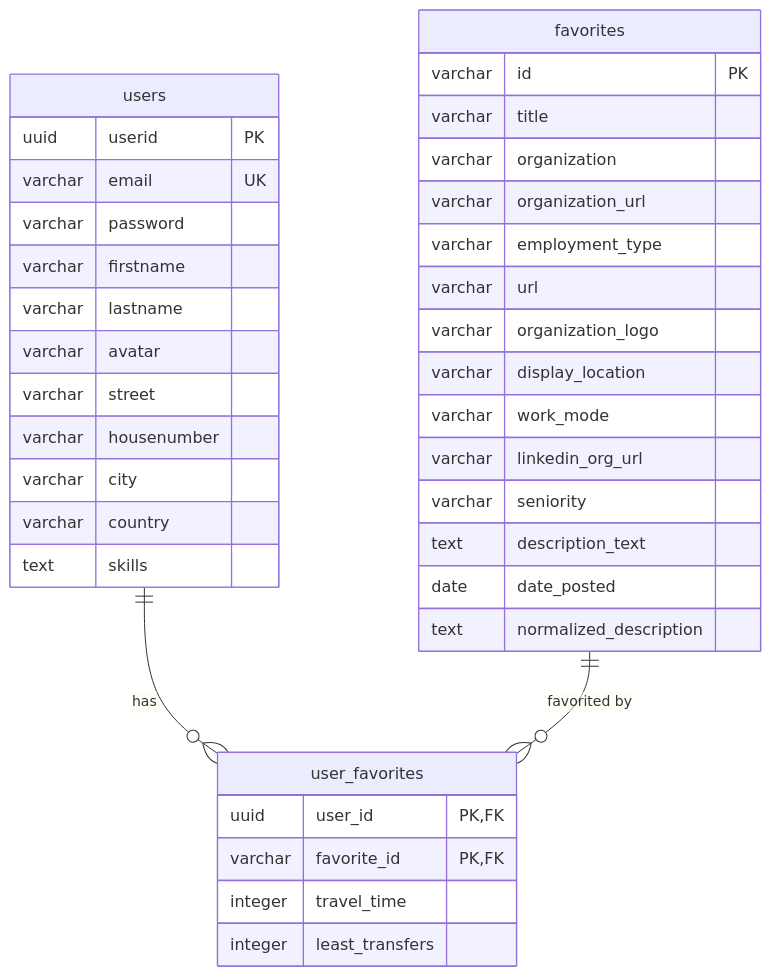
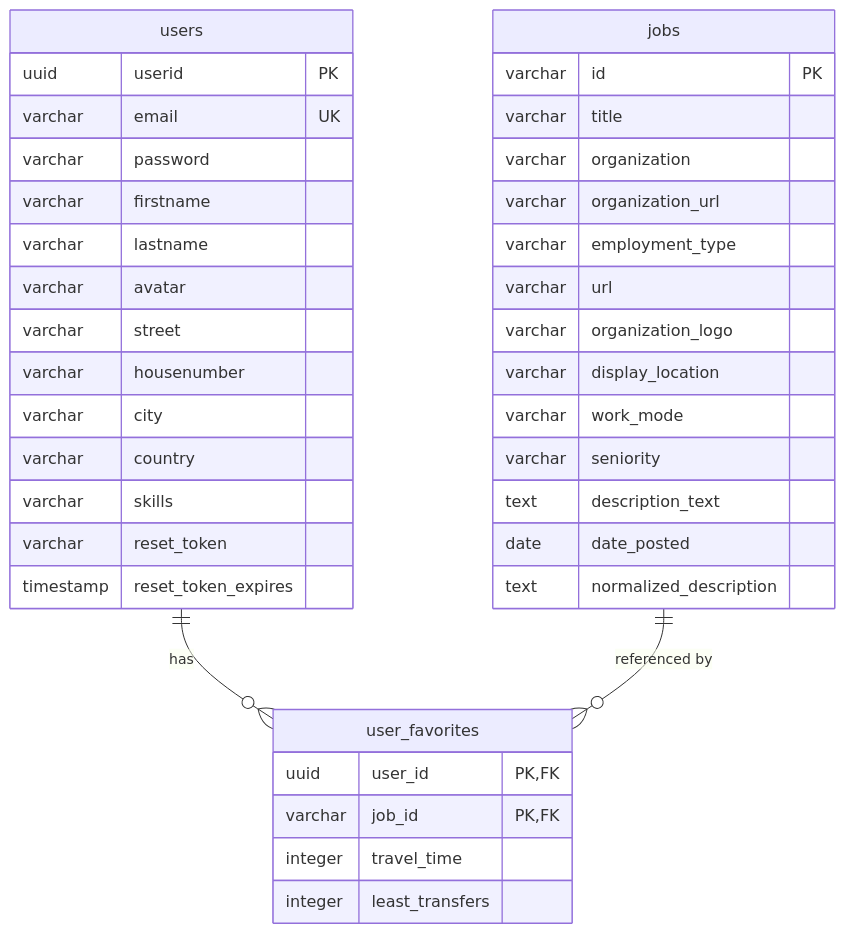
Before and after one commit to YahyaAl-Ademi/2025.10.23-JobCompass: the diagram in documentation/ERD-windsurf.md, drawn with Mermaid. The commit also changed other lines of this file and 3 other files, not shown here.

First line of the commit message:
Update ERD documentation to reflect schema changes for JobCompass

````diff
--- a/documentation/ERD-windsurf.md
+++ b/documentation/ERD-windsurf.md
@@ -83,43 +84,44 @@
 ```mermaid
 erDiagram
     users {
         uuid userid PK
         varchar email UK
         varchar password
         varchar firstname
         varchar lastname
         varchar avatar
         varchar street
         varchar housenumber
         varchar city
         varchar country
-        text skills
+        varchar skills
+        varchar reset_token
+        timestamp reset_token_expires
     }
 
-    favorites {
+    jobs {
         varchar id PK
         varchar title
         varchar organization
         varchar organization_url
         varchar employment_type
         varchar url
         varchar organization_logo
         varchar display_location
         varchar work_mode
-        varchar linkedin_org_url
         varchar seniority
         text description_text
         date date_posted
         text normalized_description
     }
 
     user_favorites {
         uuid user_id PK,FK
-        varchar favorite_id PK,FK
+        varchar job_id PK,FK
         integer travel_time
         integer least_transfers
     }
 
     users ||--o{ user_favorites : "has"
-    favorites ||--o{ user_favorites : "favorited by"
+    jobs ||--o{ user_favorites : "referenced by"
 ```
````
